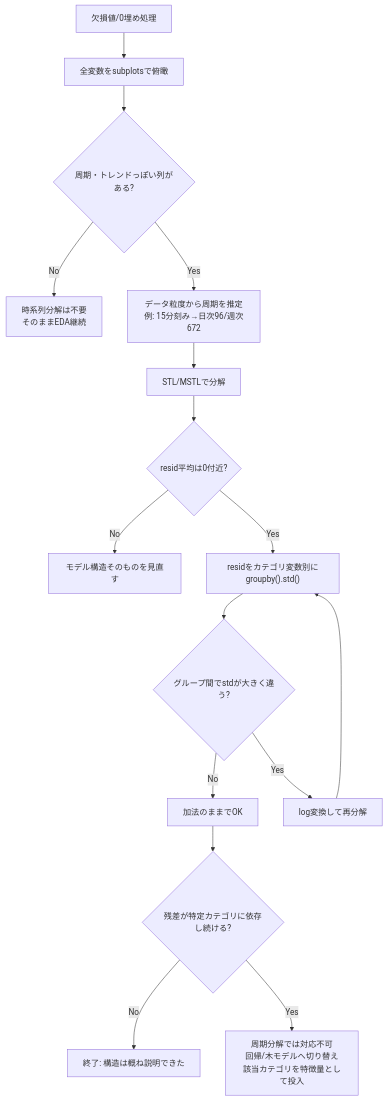
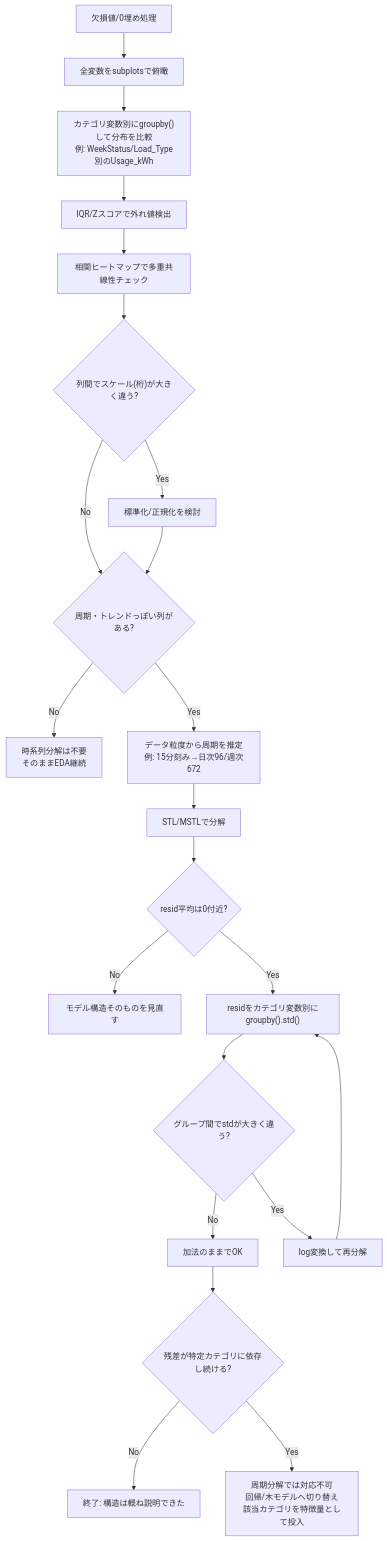
The diagram in ML/notes_time_series_eda.md (zo-ff/anomaly-detection), drawn with Mermaid before and after one commit. The commit also changed other lines of this file, not shown here.

Commit message:
Add category/outlier/correlation/scale checks to EDA flowchart
Fills a gap where the flow overviewed variables without comparing
distributions across existing categorical columns or checking for
outliers, multicollinearity, and scale mismatches before deciding
on decomposition.

````diff
--- a/ML/notes_time_series_eda.md
+++ b/ML/notes_time_series_eda.md
@@ -6,18 +6,25 @@
 ```mermaid
 flowchart TD
     A["欠損値/0埋め処理"] --> B["全変数をsubplotsで俯瞰"]
-    B --> C{"周期・トレンドっぽい列がある?"}
+    B --> B1["カテゴリ変数別にgroupby()して分布を比較<br/>例: WeekStatus/Load_Type別のUsage_kWh"]
+    B1 --> B2["IQR/Zスコアで外れ値検出"]
+    B2 --> B3["相関ヒートマップで多重共線性チェック"]
+    B3 --> B4{"列間でスケール(桁)が大きく違う?"}
+    B4 -- Yes --> B5["標準化/正規化を検討"]
+    B4 -- No --> C
+    B5 --> C
+    C{"周期・トレンドっぽい列がある?"}
     C -- No --> Z1["時系列分解は不要<br/>そのままEDA継続"]
     C -- Yes --> D["データ粒度から周期を推定<br/>例: 15分刻み→日次96/週次672"]
     D --> E["STL/MSTLで分解"]
     E --> F{"resid平均は0付近?"}
     F -- No --> G["モデル構造そのものを見直す"]
     F -- Yes --> H["residをカテゴリ変数別にgroupby().std()"]
     H --> I{"グループ間でstdが大きく違う?"}
     I -- No --> J["加法のままでOK"]
     I -- Yes --> K["log変換して再分解"]
     K --> H
     J --> L{"残差が特定カテゴリに依存し続ける?"}
     L -- No --> M["終了: 構造は概ね説明できた"]
     L -- Yes --> N["周期分解では対応不可<br/>回帰/木モデルへ切り替え<br/>該当カテゴリを特徴量として投入"]
 ```
````
